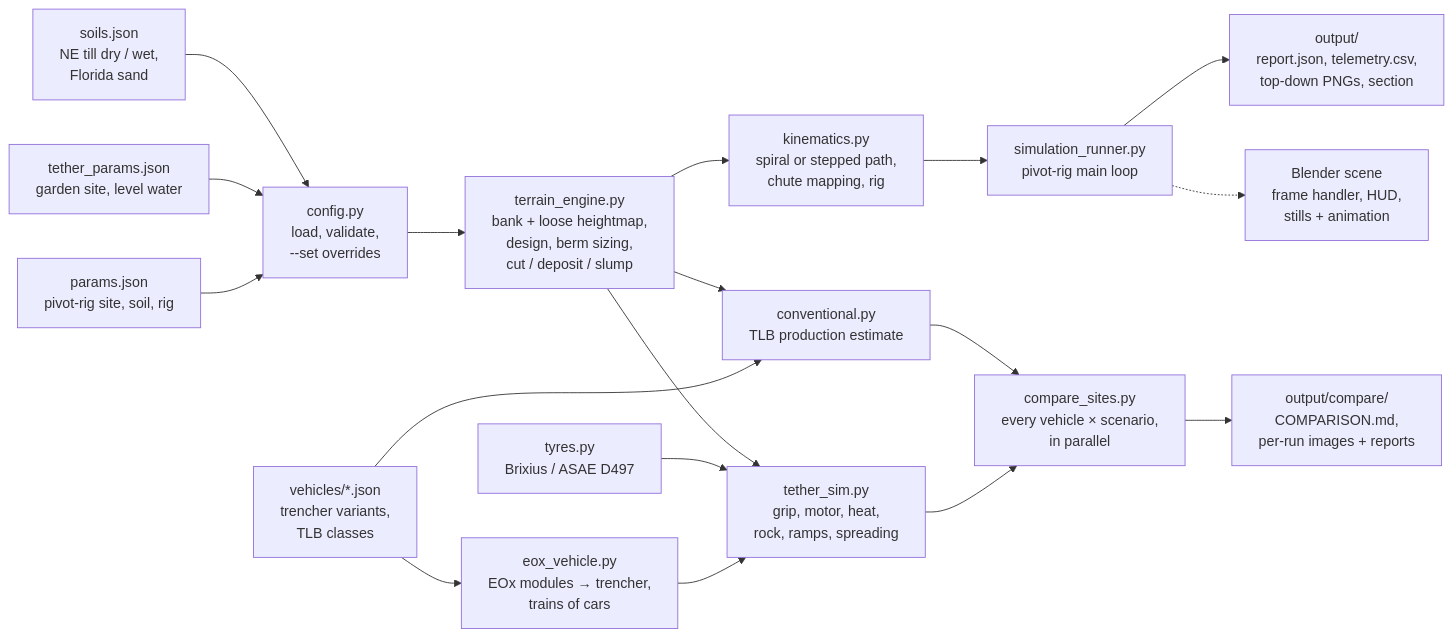
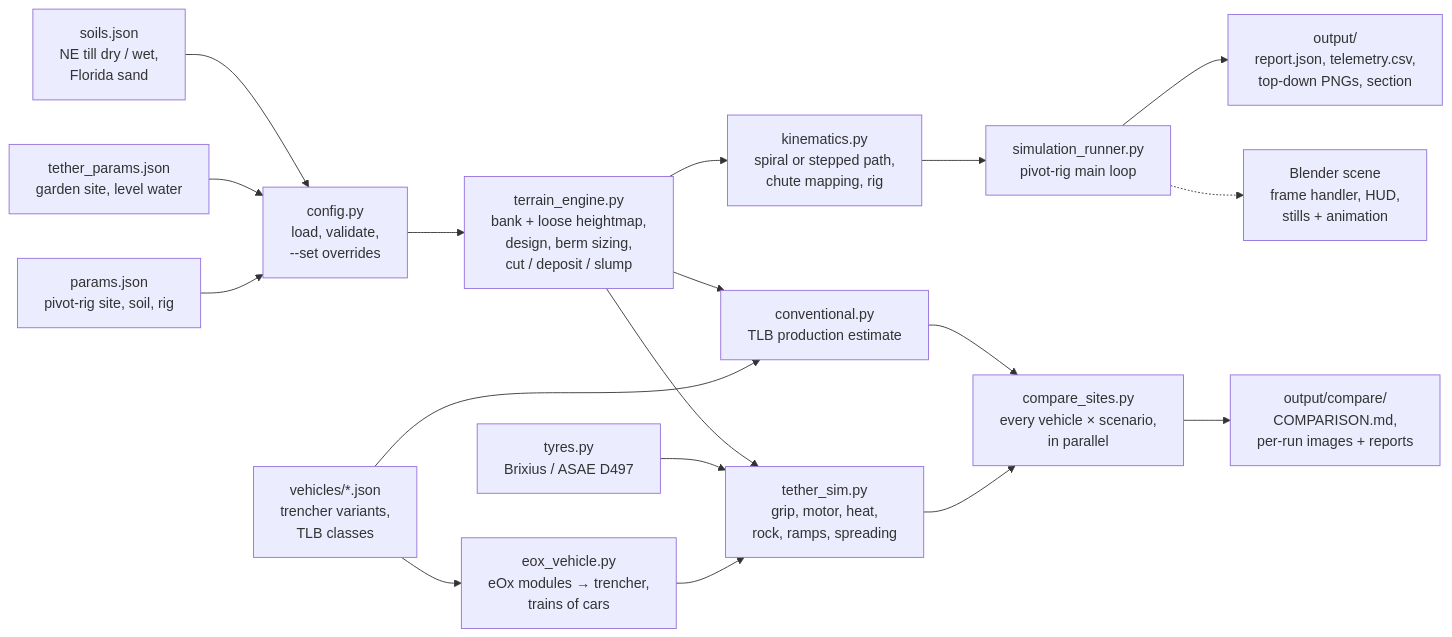
One commit to zacharyelston/AtlanteanConstructor changed the diagram in README.md. Above: the diagram before and after it, drawn with Mermaid. The commit also changed other lines of this file and 14 other files, not shown here.

````diff
--- a/README.md
+++ b/README.md
@@ -281,20 +281,20 @@
 ```mermaid
 flowchart LR
   P["params.json<br/>pivot-rig site, soil, rig"] --> C["config.py<br/>load, validate,<br/>--set overrides"]
   TP["tether_params.json<br/>garden site, level water"] --> C
   SO["soils.json<br/>NE till dry / wet,<br/>Florida sand"] --> C
   C --> TE["terrain_engine.py<br/>bank + loose heightmap,<br/>design, berm sizing,<br/>cut / deposit / slump"]
   TE --> K["kinematics.py<br/>spiral or stepped path,<br/>chute mapping, rig"]
   K --> SR["simulation_runner.py<br/>pivot-rig main loop"]
   SR --> O1["output/<br/>report.json, telemetry.csv,<br/>top-down PNGs, section"]
   SR -.-> BL["Blender scene<br/>frame handler, HUD,<br/>stills + animation"]
-  VJ["vehicles/*.json<br/>trencher variants,<br/>TLB classes"] --> EV["eox_vehicle.py<br/>EOx modules → trencher,<br/>trains of cars"]
+  VJ["vehicles/*.json<br/>trencher variants,<br/>TLB classes"] --> EV["eox_vehicle.py<br/>eOx modules → trencher,<br/>trains of cars"]
   EV --> TS["tether_sim.py<br/>grip, motor, heat,<br/>rock, ramps, spreading"]
   TY["tyres.py<br/>Brixius / ASAE D497"] --> TS
   TE --> TS
   VJ --> CV["conventional.py<br/>TLB production estimate"]
   TE --> CV
   TS --> CS["compare_sites.py<br/>every vehicle × scenario,<br/>in parallel"]
   CV --> CS
   CS --> O2["output/compare/<br/>COMPARISON.md,<br/>per-run images + reports"]
 ```
````
